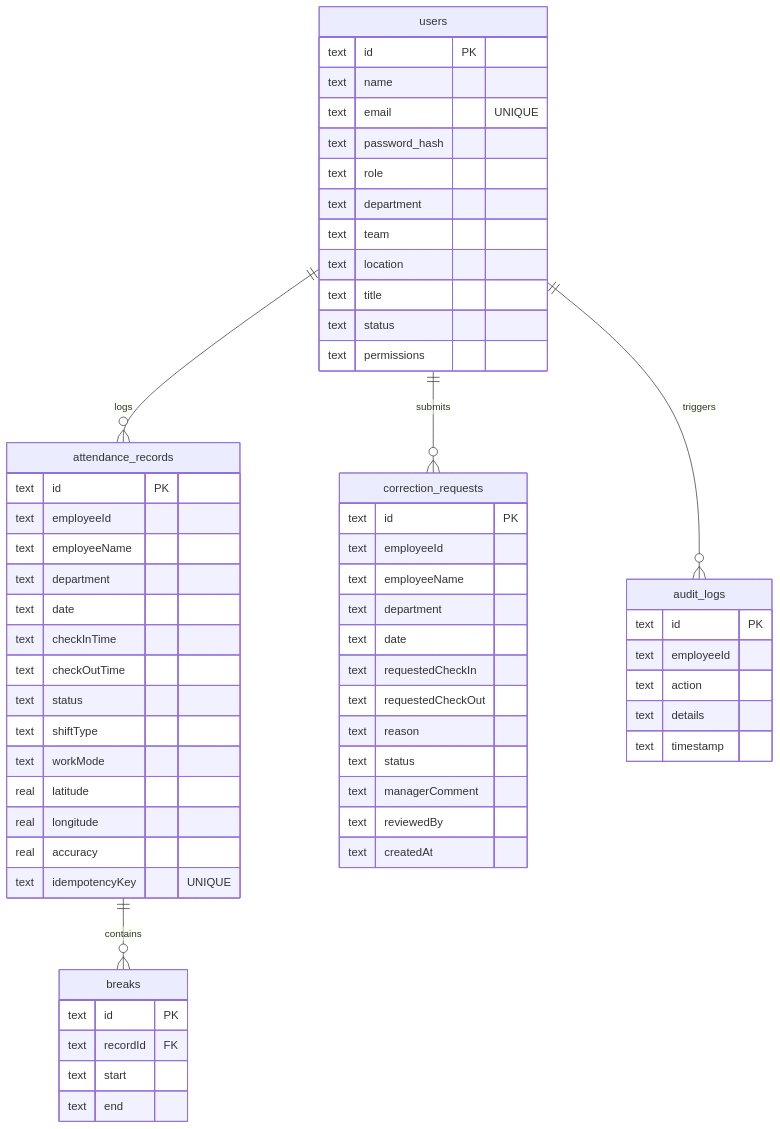
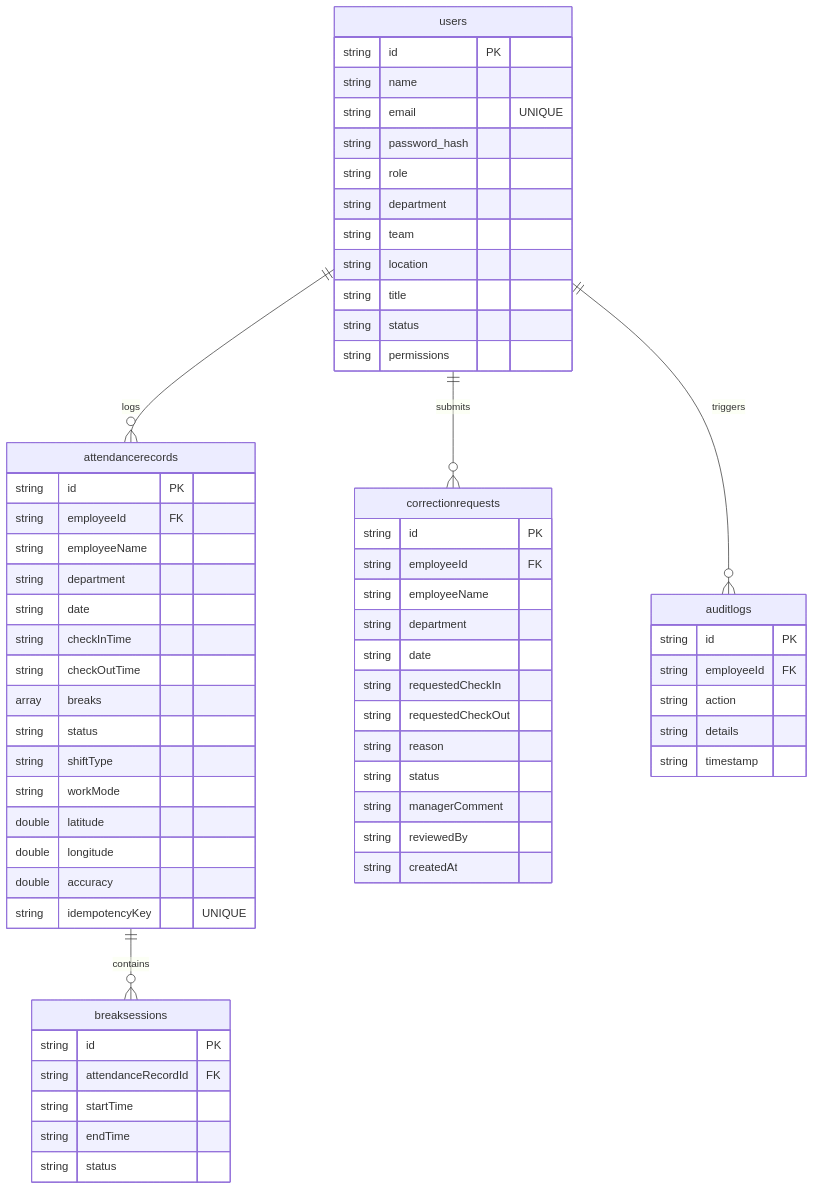
One commit to maheswari-pinneti/WFA-Rolebased-Architecture changed the diagram in docs/architecture/Backend-Database-Frontend-Integration.md. Above: the diagram before and after it, drawn with Mermaid. The commit also changed other lines of this file and 18 other files, not shown here.

Commit message:
docs and architecture added

````diff
--- a/docs/architecture/Backend-Database-Frontend-Integration.md
+++ b/docs/architecture/Backend-Database-Frontend-Integration.md
@@ -58,64 +57,66 @@
 ```mermaid
 erDiagram
     users {
-        text id PK
-        text name
-        text email "UNIQUE"
-        text password_hash
-        text role
-        text department
-        text team
-        text location
-        text title
-        text status
-        text permissions
+        string id PK
+        string name
+        string email "UNIQUE"
+        string password_hash
+        string role
+        string department
+        string team
+        string location
+        string title
+        string status
+        string permissions
     }
-    attendance_records {
-        text id PK
-        text employeeId
-        text employeeName
-        text department
-        text date
-        text checkInTime
-        text checkOutTime
-        text status
-        text shiftType
-        text workMode
-        real latitude
-        real longitude
-        real accuracy
-        text idempotencyKey "UNIQUE"
+    attendancerecords {
+        string id PK
+        string employeeId FK
+        string employeeName
+        string department
+        string date
+        string checkInTime
+        string checkOutTime
+        array breaks
+        string status
+        string shiftType
+        string workMode
+        double latitude
+        double longitude
+        double accuracy
+        string idempotencyKey "UNIQUE"
     }
-    breaks {
-        text id PK
-        text recordId FK
-        text start
-        text end
+    breaksessions {
+        string id PK
+        string attendanceRecordId FK
+        string startTime
+        string endTime
+        string status
     }
-    correction_requests {
-        text id PK
-        text employeeId
-        text employeeName
-        text department
-        text date
-        text requestedCheckIn
-        text requestedCheckOut
-        text reason
-        text status
-        text managerComment
-        text reviewedBy
-        text createdAt
+    correctionrequests {
+        string id PK
+        string employeeId FK
+        string employeeName
+        string department
+        string date
+        string requestedCheckIn
+        string requestedCheckOut
+        string reason
+        string status
+        string managerComment
+        string reviewedBy
+        string createdAt
     }
-    audit_logs {
-        text id PK
-        text employeeId
-        text action
-        text details
-        text timestamp
+    auditlogs {
+        string id PK
+        string employeeId FK
+        string action
+        string details
+        string timestamp
     }
 
-    users ||--o{ attendance_records : "logs"
-    attendance_records ||--o{ breaks : "contains"
-    users ||--o{ correction_requests : "submits"
-    users ||--o{ audit_logs : "triggers"
+    users ||--o{ attendancerecords : "logs"
+    attendancerecords ||--o{ breaksessions : "contains"
+    users ||--o{ correctionrequests : "submits"
+    users ||--o{ auditlogs : "triggers"
 ```
````
